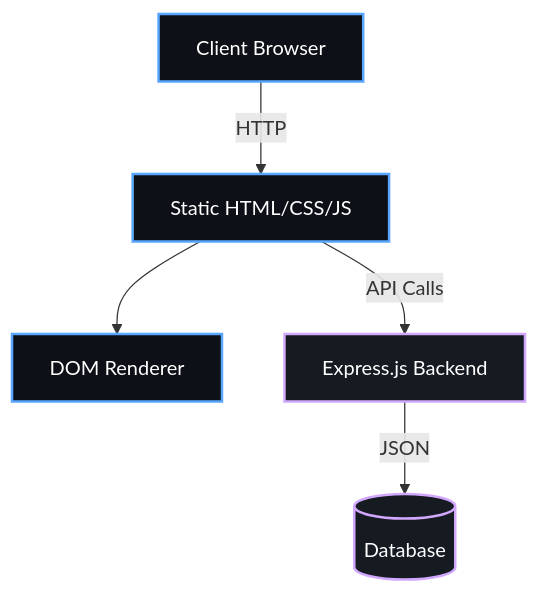
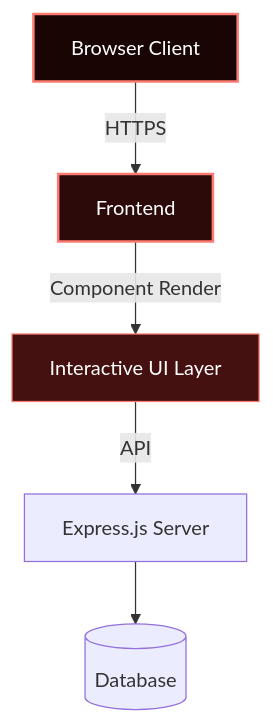
The diagram in README.md (karthik-idikuda/sync-watch), drawn with Mermaid before and after one commit. The commit also changed other lines of this file, not shown here.

````diff
--- a/README.md
+++ b/README.md
@@ -29,14 +34,11 @@
 ```mermaid
 graph TD;
-    A["Client Browser"] -->|HTTP| B["Static HTML/CSS/JS"];
-    B --> C["DOM Renderer"];
-    B -->|API Calls| E["Express.js Backend"];
-    E -->|JSON| F[(Database)];
+    A["Browser Client"] -->|"HTTPS"| B["Frontend"];
+    B -->|"Component Render"| C["Interactive UI Layer"];
+    C -->|"API"| D["Express.js Server"];
+    D --> E[(Database)];
 
-    classDef frontend fill:#0d1117,stroke:#58a6ff,stroke-width:2px,color:#fff;
-    classDef backend fill:#161b22,stroke:#d2a8ff,stroke-width:2px,color:#fff;
-    classDef styling fill:#21262d,stroke:#79c0ff,stroke-width:1px,color:#fff;
-    class A,B,C frontend;
-    class D styling;
-    class E,F backend;
+    style A fill:#1a0505,stroke:#ff7b72,stroke-width:2px,color:#fff
+    style B fill:#2d0a0a,stroke:#ff7b72,stroke-width:2px,color:#fff
+    style C fill:#451010,stroke:#ff7b72,stroke-width:1px,color:#fff
 ```
````
